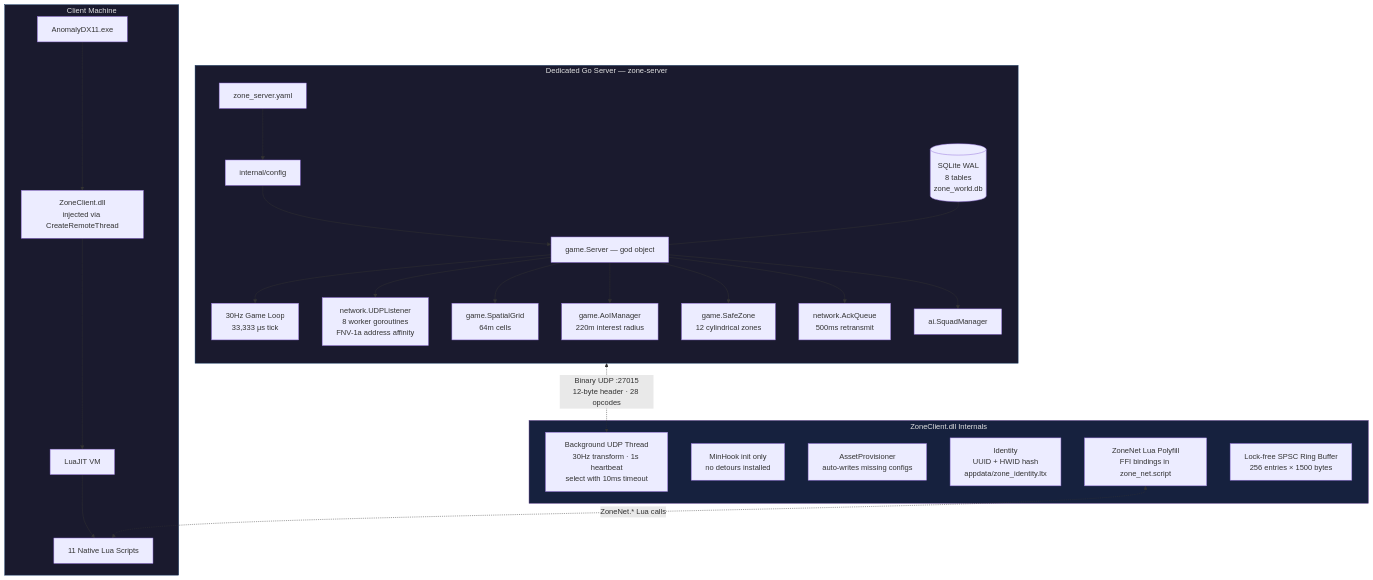
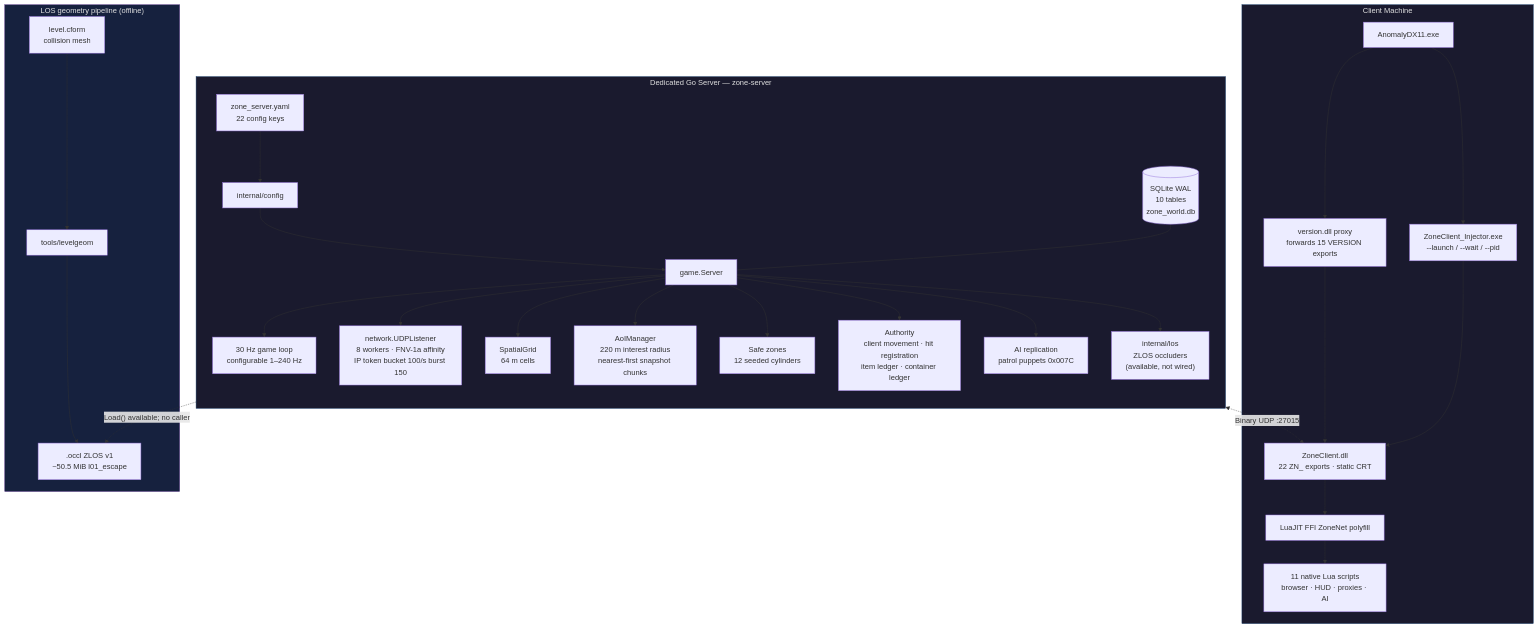
Before and after one commit to AnarchadiaMC/Zone: the diagram in README.md, drawn with Mermaid. The commit also changed other lines of this file and 109 other files, not shown here.

````diff
--- a/README.md
+++ b/README.md
@@ -14,38 +16,38 @@
 ```mermaid
 graph TB
     subgraph Server["Dedicated Go Server — zone-server"]
         direction TB
-        YAML["zone_server.yaml"] --> CFG["internal/config"]
-        CFG --> SRV["game.Server — god object"]
-        SRV --> TICK["30Hz Game Loop<br/>33,333 µs tick"]
-        SRV --> UDP["network.UDPListener<br/>8 worker goroutines<br/>FNV-1a address affinity"]
-        SRV --> SPATIAL["game.SpatialGrid<br/>64m cells"]
-        SRV --> AOI["game.AoIManager<br/>220m interest radius"]
-        SRV --> SZ["game.SafeZone<br/>12 cylindrical zones"]
-        SRV --> ACK["network.AckQueue<br/>500ms retransmit"]
-        SRV --> AI["ai.SquadManager"]
-        DB[("SQLite WAL<br/>8 tables<br/>zone_world.db")] --- SRV
+        YAML["zone_server.yaml<br/>22 config keys"] --> CFG["internal/config"]
+        CFG --> SRV["game.Server"]
+        SRV --> TICK["30 Hz game loop<br/>configurable 1–240 Hz"]
+        SRV --> UDP["network.UDPListener<br/>8 workers · FNV-1a affinity<br/>IP token bucket 100/s burst 150"]
+        SRV --> GRID["SpatialGrid<br/>64 m cells"]
+        SRV --> AOI["AoIManager<br/>220 m interest radius<br/>nearest-first snapshot chunks"]
+        SRV --> SZ["Safe zones<br/>12 seeded cylinders"]
+        SRV --> AUTH["Authority<br/>client movement · hit registration<br/>item ledger · container ledger"]
+        SRV --> AIR["AI replication<br/>patrol puppets 0x007C"]
+        SRV --> LOSM["internal/los<br/>ZLOS occluders<br/>(available, not wired)"]
+        DB[("SQLite WAL<br/>10 tables<br/>zone_world.db")] --- SRV
     end
 
     subgraph Client["Client Machine"]
-        EXE["AnomalyDX11.exe"] --> DLL["ZoneClient.dll<br/>injected via CreateRemoteThread"]
-        DLL --> LUA["LuaJIT VM"]
-        LUA --> SCRIPTS["11 Native Lua Scripts"]
+        EXE["AnomalyDX11.exe"] --> PROXY["version.dll proxy<br/>forwards 15 VERSION exports"]
+        EXE --> INJ["ZoneClient_Injector.exe<br/>--launch / --wait / --pid"]
+        PROXY --> DLL["ZoneClient.dll<br/>22 ZN_ exports · static CRT"]
+        INJ --> DLL
+        DLL --> LUA["LuaJIT FFI ZoneNet polyfill"]
+        LUA --> SCRIPTS["11 native Lua scripts<br/>browser · HUD · proxies · AI"]
     end
 
-    subgraph DLLInternals["ZoneClient.dll Internals"]
-        NET["Background UDP Thread<br/>30Hz transform · 1s heartbeat<br/>select with 10ms timeout"]
-        HOOK["MinHook init only<br/>no detours installed"]
-        PROV["AssetProvisioner<br/>auto-writes missing configs"]
-        ID["Identity<br/>UUID + HWID hash<br/>appdata/zone_identity.ltx"]
-        BIND["ZoneNet Lua Polyfill<br/>FFI bindings in zone_net.script"]
-        RING["Lock-free SPSC Ring Buffer<br/>256 entries × 1500 bytes"]
+    subgraph Geometry["LOS geometry pipeline (offline)"]
+        CFORM["level.cform<br/>collision mesh"] --> LG["tools/levelgeom"]
+        LG --> OCCL[".occl ZLOS v1<br/>~50.5 MiB l01_escape"]
     end
 
-    UDP <-.->|"Binary UDP :27015<br/>12-byte header · 28 opcodes"| NET
-    BIND <-.->|"ZoneNet.* Lua calls"| SCRIPTS
+    UDP <-.->|"Binary UDP :27015"| DLL
+    LOSM -.->|"Load() available; no caller"| OCCL
 
     style Server fill:#1a1a2e,stroke:#0f3460,color:#e0e0e0
     style Client fill:#1a1a2e,stroke:#0f3460,color:#e0e0e0
-    style DLLInternals fill:#16213e,stroke:#533483,color:#e0e0e0
+    style Geometry fill:#16213e,stroke:#533483,color:#e0e0e0
 ```
````
